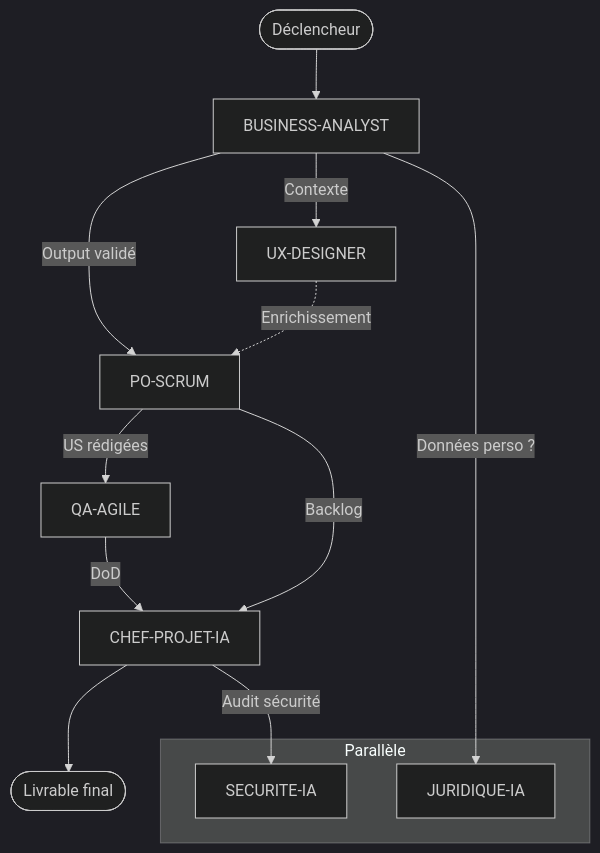
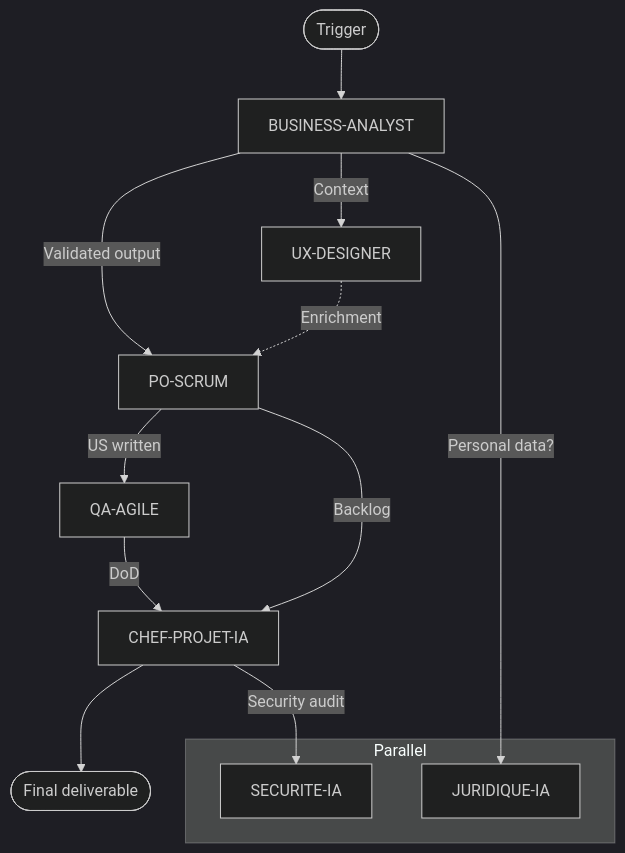
Before and after one commit to guyhui01/claude-agents: the diagram in skills/orchestrateur_workflow/dependency-mapping.md, drawn with Mermaid (dark theme). The commit also changed other lines of this file and 16 other files, not shown here.

````diff
--- a/skills/orchestrateur_workflow/dependency-mapping.md
+++ b/skills/orchestrateur_workflow/dependency-mapping.md
@@ -58,18 +58,18 @@
 ```mermaid
 graph TD
-    TRIGGER([Déclencheur]) --> BA[BUSINESS-ANALYST]
-    BA -->|Output validé| PO[PO-SCRUM]
-    BA -->|Contexte| UX[UX-DESIGNER]
-    PO -->|US rédigées| QA[QA-AGILE]
-    UX -.->|Enrichissement| PO
+    TRIGGER([Trigger]) --> BA[BUSINESS-ANALYST]
+    BA -->|Validated output| PO[PO-SCRUM]
+    BA -->|Context| UX[UX-DESIGNER]
+    PO -->|US written| QA[QA-AGILE]
+    UX -.->|Enrichment| PO
     PO -->|Backlog| CPJ[CHEF-PROJET-IA]
     QA -->|DoD| CPJ
-    CPJ --> RESULT([Livrable final])
+    CPJ --> RESULT([Final deliverable])
     
-    subgraph Parallèle
+    subgraph Parallel
         SEC[SECURITE-IA]
         JURI[JURIDIQUE-IA]
     end
-    BA -->|Données perso ?| JURI
-    CPJ -->|Audit sécurité| SEC
+    BA -->|Personal data?| JURI
+    CPJ -->|Security audit| SEC
 ```
````
